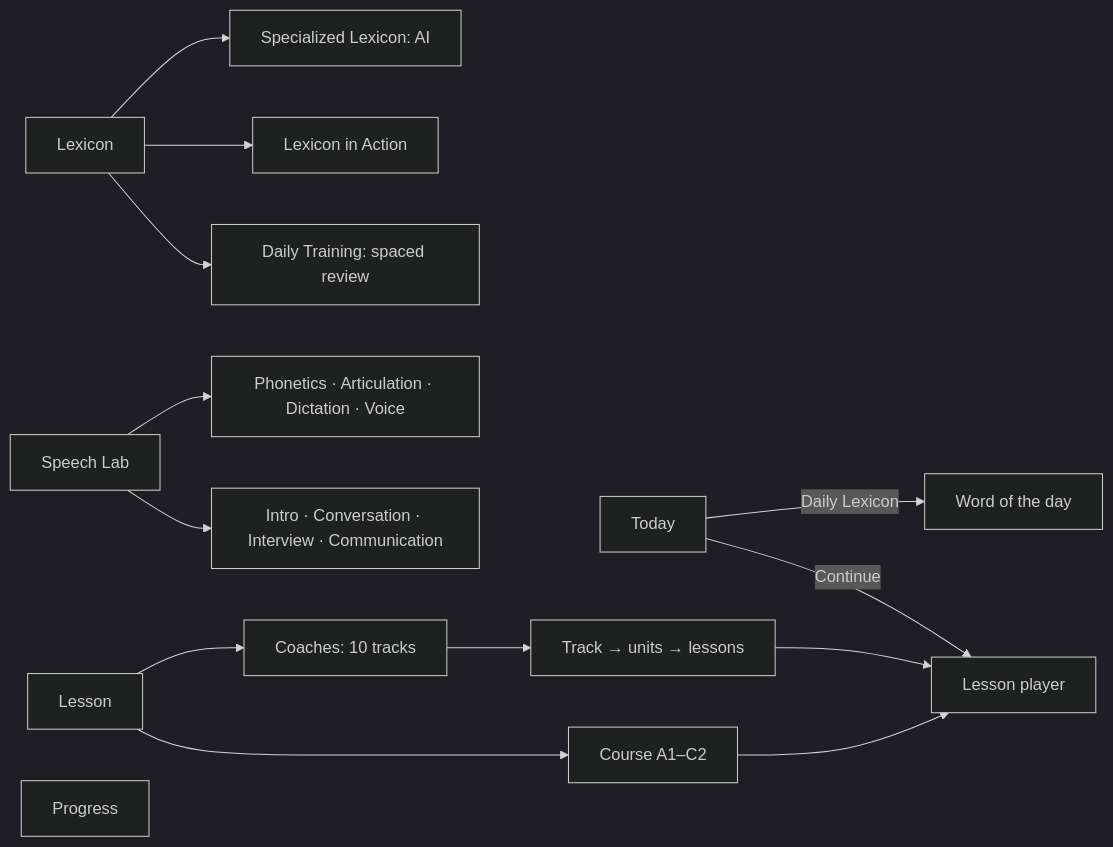
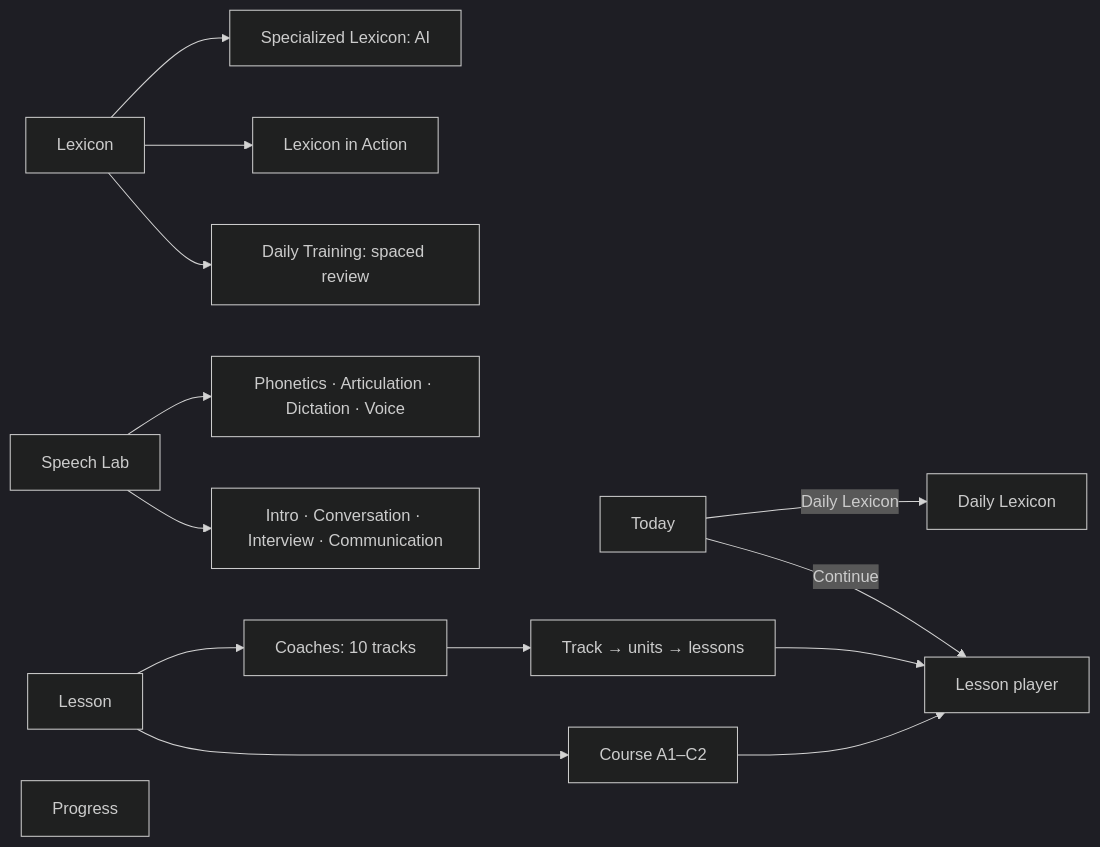
The first of 3 diagrams in docs/diagrams/user-flow.md (work-w-chrstnrpj/PolyGotAI), drawn with Mermaid (dark theme) before and after one commit. The commit also changed 125 other files, not shown here.

````diff
--- a/docs/diagrams/user-flow.md
+++ b/docs/diagrams/user-flow.md
@@ -5,15 +5,15 @@
 ```mermaid
 flowchart LR
   T[Today] -->|Continue| LP[Lesson player]
-  T -->|Daily Lexicon| DL[Word of the day]
+  T -->|Daily Lexicon| DL[Daily Lexicon]
   X[Lexicon] --> VR[Daily Training: spaced review]
   X --> LA[Lexicon in Action]
   X --> SL[Specialized Lexicon: AI]
   L[Lesson] --> C[Course A1–C2]
   L --> K[Coaches: 10 tracks]
   C --> LP
   K --> U[Track → units → lessons] --> LP
   S[Speech Lab] --> PR[Intro · Conversation · Interview · Communication]
   S --> PH[Phonetics · Articulation · Dictation · Voice]
   P[Progress]
 ```
````
